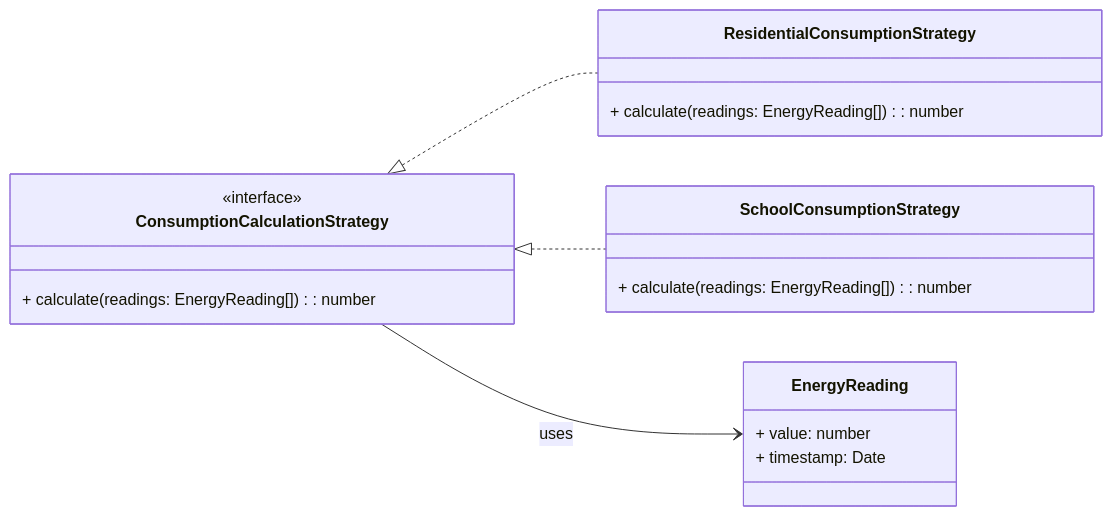
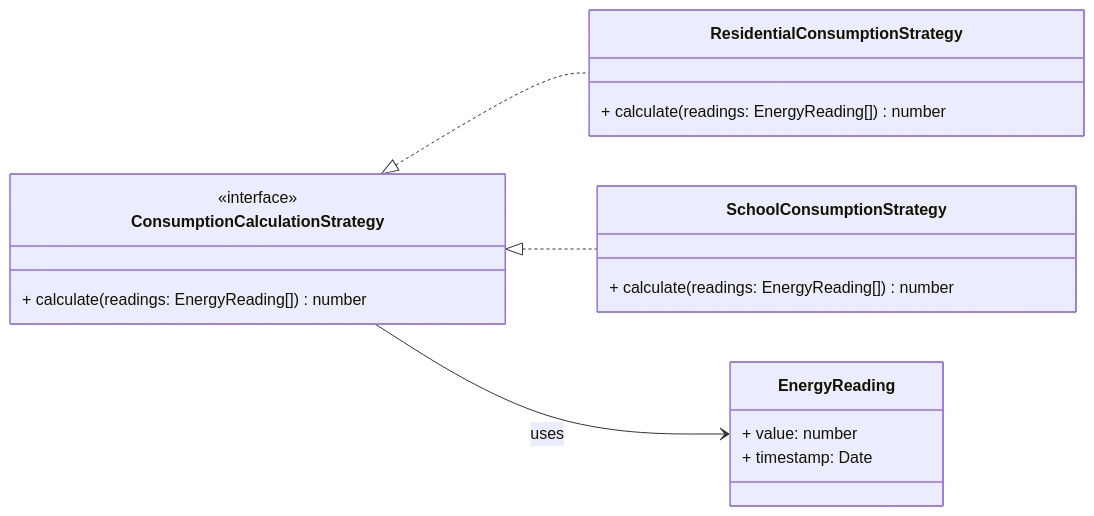
Before and after one commit to rubensrabelo/gestao-de-consumo-de-energia: the sixth of 15 diagrams in docs/report_rubens_rabelo.md, drawn with Mermaid. The commit also changed other lines of this file and 1 other file, not shown here.

````diff
--- a/docs/report_rubens_rabelo.md
+++ b/docs/report_rubens_rabelo.md
@@ -567,27 +577,27 @@
 ```mermaid
 classDiagram
     direction LR
 
     class EnergyReading {
         + value: number
         + timestamp: Date
     }
 
     class ConsumptionCalculationStrategy {
         <<interface>>
-        + calculate(readings: EnergyReading[]): number
+        + calculate(readings: EnergyReading[]) number
     }
 
     class ResidentialConsumptionStrategy {
-        + calculate(readings: EnergyReading[]): number
+        + calculate(readings: EnergyReading[]) number
     }
 
     class SchoolConsumptionStrategy {
-        + calculate(readings: EnergyReading[]): number
+        + calculate(readings: EnergyReading[]) number
     }
 
     ConsumptionCalculationStrategy <|.. ResidentialConsumptionStrategy
     ConsumptionCalculationStrategy <|.. SchoolConsumptionStrategy
 
     ConsumptionCalculationStrategy --> EnergyReading : uses
 ```
````
